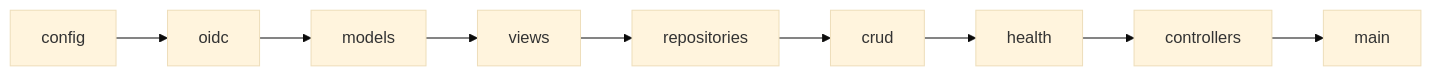
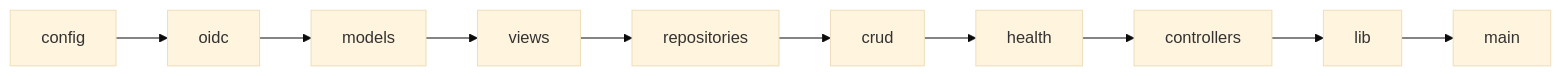
Before and after one commit to craftainer/template-axum: the first of 2 diagrams in src/README.md, drawn with Mermaid (base theme). The commit also changed other lines of this file and 28 other files, not shown here.

````diff
--- a/src/README.md
+++ b/src/README.md
@@ -53,5 +94,5 @@
 ```mermaid
 graph LR
     config --> oidc --> models --> views --> repositories --> crud
-    crud --> health --> controllers --> main
+    crud --> health --> controllers --> lib --> main
 ```
````
